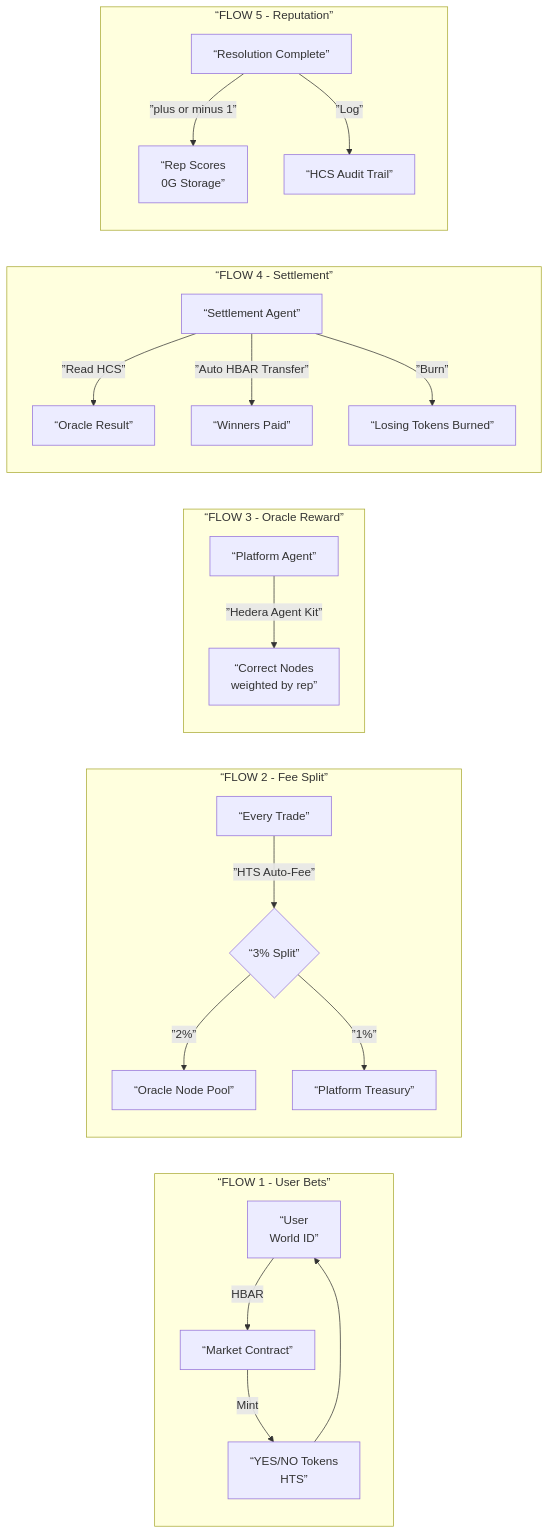
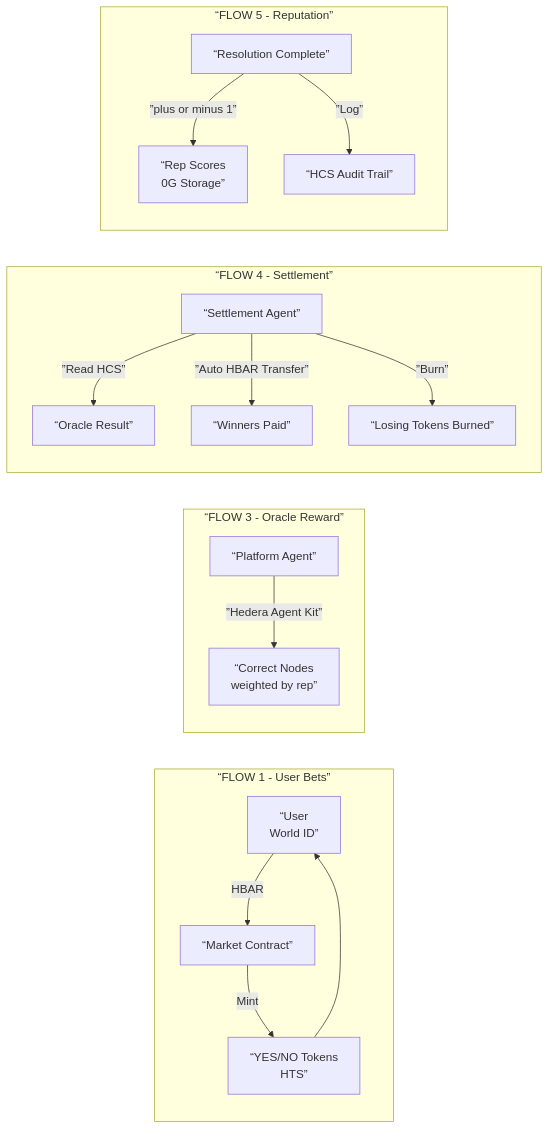
One commit to derek2403/cannes2026 changed the fifth of 8 diagrams in README.md. Above: the diagram before and after it, drawn with Mermaid. The commit also changed 2 other files, not shown here.

Commit message:
Added .claude file

````diff
--- a/README.md
+++ b/README.md
@@ -435,29 +435,23 @@
 ```mermaid
 graph LR
     subgraph F1[“FLOW 1 - User Bets”]
         U1[“User<br/>World ID”] -->|HBAR| MC[“Market Contract”]
         MC -->|Mint| T1[“YES/NO Tokens<br/>HTS”]
         T1 --> U1
-    end
-
-    subgraph F2[“FLOW 2 - Fee Split”]
-        TRADE[“Every Trade”] -->|”HTS Auto-Fee”| SPLIT{“3% Split”}
-        SPLIT -->|”2%”| POOL[“Oracle Node Pool”]
-        SPLIT -->|”1%”| TREASURY[“Platform Treasury”]
     end
 
     subgraph F3[“FLOW 3 - Oracle Reward”]
         PA[“Platform Agent”] -->|”Hedera Agent Kit”| CORRECT[“Correct Nodes<br/>weighted by rep”]
     end
 
     subgraph F4[“FLOW 4 - Settlement”]
         SA2[“Settlement Agent”] -->|”Read HCS”| RESULT2[“Oracle Result”]
         SA2 -->|”Auto HBAR Transfer”| WIN[“Winners Paid”]
         SA2 -->|”Burn”| LOSE[“Losing Tokens Burned”]
     end
 
     subgraph F5[“FLOW 5 - Reputation”]
         RES[“Resolution Complete”] -->|”plus or minus 1”| REP[“Rep Scores<br/>0G Storage”]
         RES -->|”Log”| AUDIT[“HCS Audit Trail”]
     end
 ```
````
